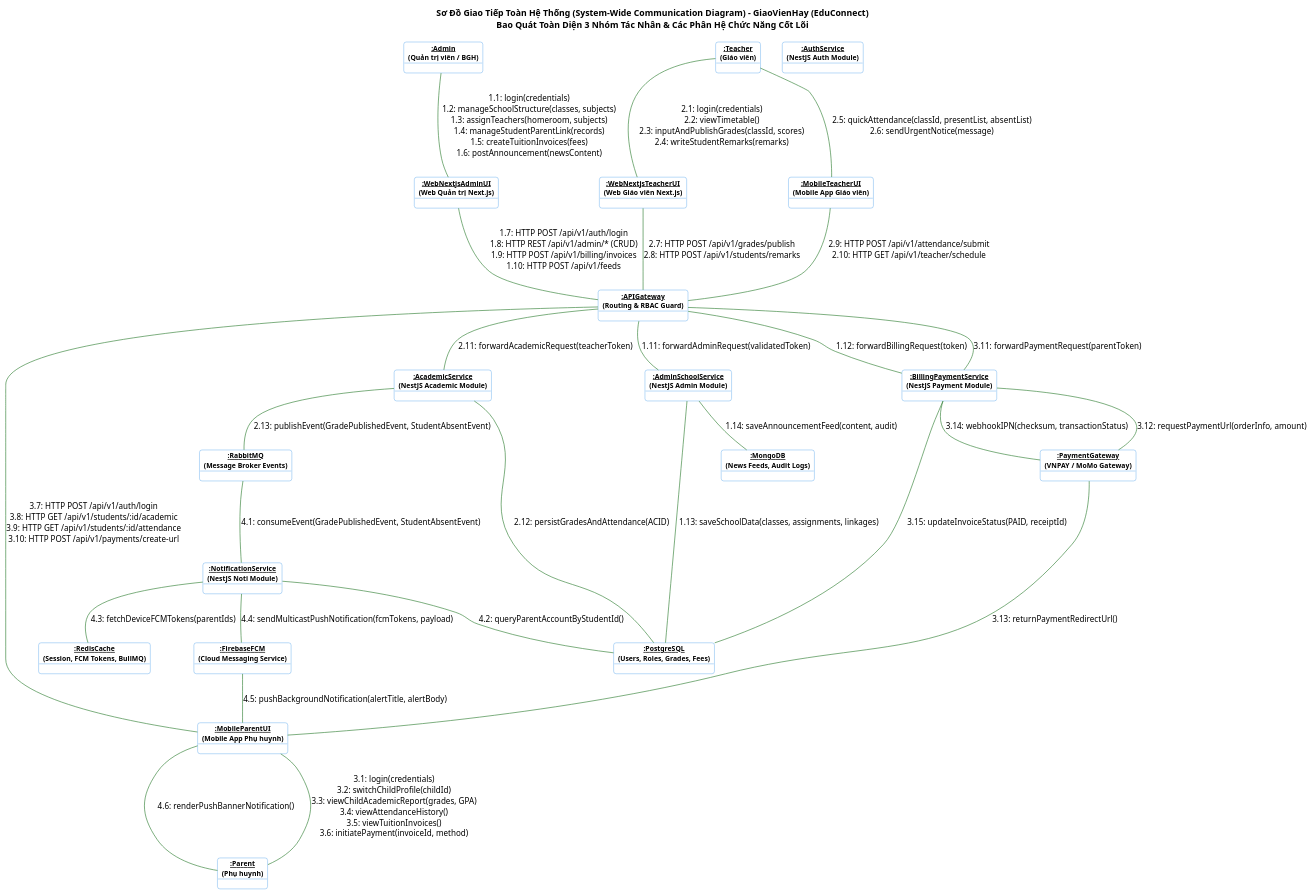
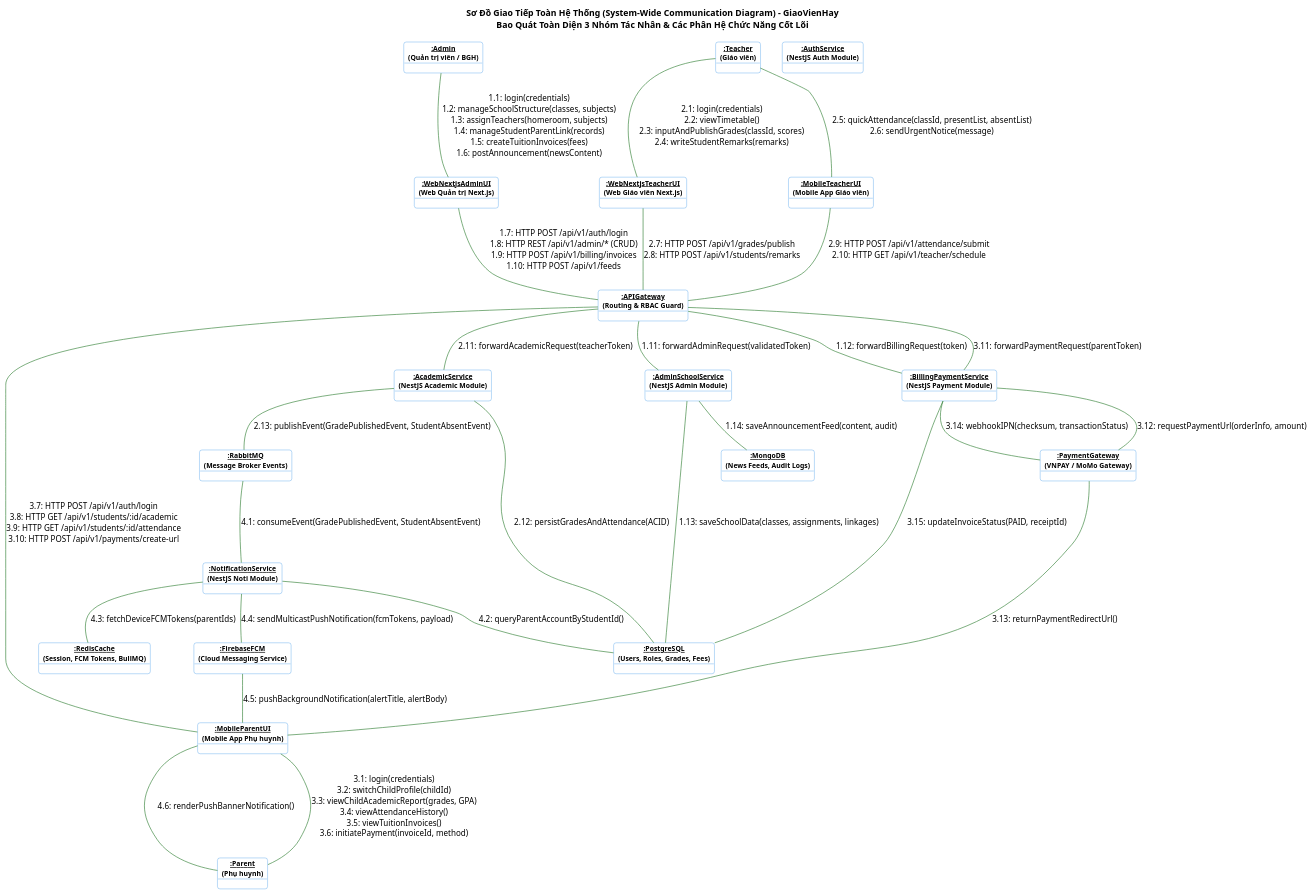
The diagram in docs/diagrams/puml/communication_diagram.puml (gray8493/GiaoVienHay), drawn with PlantUML before and after one commit. The commit also changed other lines of this file and 16 other files, not shown here.

Commit message:
refactor: rename project exclusively to GiaoVienHay and rename master architecture doc

```diff
--- a/docs/diagrams/puml/communication_diagram.puml
+++ b/docs/diagrams/puml/communication_diagram.puml
@@ -1,100 +1,100 @@
 @startuml
 skinparam defaultTextAlignment center
 skinparam roundCorner 8
 skinparam BoxPadding 10
 skinparam object {
     BackgroundColor #FFFFFF
     BorderColor #1E88E5
     ArrowColor #2E7D32
     FontSize 11
     FontStyle bold
 }
 
-title Sơ Đồ Giao Tiếp Toàn Hệ Thống (System-Wide Communication Diagram) - GiaoVienHay (EduConnect)\nBao Quát Toàn Diện 3 Nhóm Tác Nhân & Các Phân Hệ Chức Năng Cốt Lõi
+title Sơ Đồ Giao Tiếp Toàn Hệ Thống (System-Wide Communication Diagram) - GiaoVienHay\nBao Quát Toàn Diện 3 Nhóm Tác Nhân & Các Phân Hệ Chức Năng Cốt Lõi
 
 ' ==============================================================================
 ' 1. CÁC TÁC NHÂN NGƯỜI DÙNG (ACTORS)
 ' ==============================================================================
 object "<u>:Admin</u>\n(Quản trị viên / BGH)" as Admin
 object "<u>:Teacher</u>\n(Giáo viên)" as Teacher
 object "<u>:Parent</u>\n(Phụ huynh)" as Parent
 
 ' ==============================================================================
 ' 2. TẦNG GIAO DIỆN CLIENT (PRESENTATION LAYER)
 ' ==============================================================================
 object "<u>:WebNextjsAdminUI</u>\n(Web Quản trị Next.js)" as WebAdminUI
 object "<u>:WebNextjsTeacherUI</u>\n(Web Giáo viên Next.js)" as WebTeacherUI
 object "<u>:MobileTeacherUI</u>\n(Mobile App Giáo viên)" as MobileTeacherUI
 object "<u>:MobileParentUI</u>\n(Mobile App Phụ huynh)" as MobileParentUI
 
 ' ==============================================================================
 ' 3. TẦNG BACKEND & API GATEWAY (NESTJS PLATFORM)
 ' ==============================================================================
 object "<u>:APIGateway</u>\n(Routing & RBAC Guard)" as Gateway
 object "<u>:AuthService</u>\n(NestJS Auth Module)" as AuthSvc
 object "<u>:AdminSchoolService</u>\n(NestJS Admin Module)" as AdminSvc
 object "<u>:AcademicService</u>\n(NestJS Academic Module)" as AcademicSvc
 object "<u>:NotificationService</u>\n(NestJS Noti Module)" as NotiSvc
 object "<u>:BillingPaymentService</u>\n(NestJS Payment Module)" as PaymentSvc
 
 ' ==============================================================================
 ' 4. TẦNG DỮ LIỆU & HÀNG ĐỢI (STORAGE & BROKER LAYER)
 ' ==============================================================================
 object "<u>:PostgreSQL</u>\n(Users, Roles, Grades, Fees)" as Postgres
 object "<u>:MongoDB</u>\n(News Feeds, Audit Logs)" as Mongo
 object "<u>:RedisCache</u>\n(Session, FCM Tokens, BullMQ)" as Redis
 object "<u>:RabbitMQ</u>\n(Message Broker Events)" as RabbitMQ
 
 ' ==============================================================================
 ' 5. CÁC DỊCH VỤ NGOÀI (EXTERNAL SERVICES)
 ' ==============================================================================
 object "<u>:FirebaseFCM</u>\n(Cloud Messaging Service)" as FCM
 object "<u>:PaymentGateway</u>\n(VNPAY / MoMo Gateway)" as PaymentGW
 
 ' ==============================================================================
 ' CÁC LUỒNG GIAO TIẾP & THÔNG ĐIỆP ĐƯỢC ĐÁNH SỐ THEO PHÂN HỆ
 ' ==============================================================================
 
 ' --- NHÓM 1: Quản trị Trường học & Cấu hình Hệ thống (Admin -> Web Next.js) ---
 Admin -- WebAdminUI : 1.1: login(credentials)\n1.2: manageSchoolStructure(classes, subjects)\n1.3: assignTeachers(homeroom, subjects)\n1.4: manageStudentParentLink(records)\n1.5: createTuitionInvoices(fees)\n1.6: postAnnouncement(newsContent)
 
 WebAdminUI -- Gateway : 1.7: HTTP POST /api/v1/auth/login\n1.8: HTTP REST /api/v1/admin/* (CRUD)\n1.9: HTTP POST /api/v1/billing/invoices\n1.10: HTTP POST /api/v1/feeds
 
 Gateway -- AdminSvc : 1.11: forwardAdminRequest(validatedToken)
 Gateway -- PaymentSvc : 1.12: forwardBillingRequest(token)
 AdminSvc -- Postgres : 1.13: saveSchoolData(classes, assignments, linkages)
 AdminSvc -- Mongo : 1.14: saveAnnouncementFeed(content, audit)
 
 ' --- NHÓM 2: Nghiệp vụ Giảng dạy & Đánh giá (Teacher -> Web & Mobile App) ---
 Teacher -- WebTeacherUI : 2.1: login(credentials)\n2.2: viewTimetable()\n2.3: inputAndPublishGrades(classId, scores)\n2.4: writeStudentRemarks(remarks)
 
 Teacher -- MobileTeacherUI : 2.5: quickAttendance(classId, presentList, absentList)\n2.6: sendUrgentNotice(message)
 
 WebTeacherUI -- Gateway : 2.7: HTTP POST /api/v1/grades/publish\n2.8: HTTP POST /api/v1/students/remarks
 MobileTeacherUI -- Gateway : 2.9: HTTP POST /api/v1/attendance/submit\n2.10: HTTP GET /api/v1/teacher/schedule
 
 Gateway -- AcademicSvc : 2.11: forwardAcademicRequest(teacherToken)
 AcademicSvc -- Postgres : 2.12: persistGradesAndAttendance(ACID)
 AcademicSvc -- RabbitMQ : 2.13: publishEvent(GradePublishedEvent, StudentAbsentEvent)
 
 ' --- NHÓM 3: Cổng Phụ huynh (Parent -> Mobile App React Native) ---
 Parent -- MobileParentUI : 3.1: login(credentials)\n3.2: switchChildProfile(childId)\n3.3: viewChildAcademicReport(grades, GPA)\n3.4: viewAttendanceHistory()\n3.5: viewTuitionInvoices()\n3.6: initiatePayment(invoiceId, method)
 
 MobileParentUI -- Gateway : 3.7: HTTP POST /api/v1/auth/login\n3.8: HTTP GET /api/v1/students/:id/academic\n3.9: HTTP GET /api/v1/students/:id/attendance\n3.10: HTTP POST /api/v1/payments/create-url
 
 Gateway -- PaymentSvc : 3.11: forwardPaymentRequest(parentToken)
 PaymentSvc -- PaymentGW : 3.12: requestPaymentUrl(orderInfo, amount)
 PaymentGW -- MobileParentUI : 3.13: returnPaymentRedirectUrl()
 PaymentGW -- PaymentSvc : 3.14: webhookIPN(checksum, transactionStatus)
 PaymentSvc -- Postgres : 3.15: updateInvoiceStatus(PAID, receiptId)
 
 ' --- NHÓM 4: Xử lý Bất đồng bộ & Bắn Thông Báo Đẩy Thời Gian Thực ---
 RabbitMQ -- NotiSvc : 4.1: consumeEvent(GradePublishedEvent, StudentAbsentEvent)
 NotiSvc -- Postgres : 4.2: queryParentAccountByStudentId()
 NotiSvc -- Redis : 4.3: fetchDeviceFCMTokens(parentIds)
 NotiSvc -- FCM : 4.4: sendMulticastPushNotification(fcmTokens, payload)
 
 FCM -- MobileParentUI : 4.5: pushBackgroundNotification(alertTitle, alertBody)
 MobileParentUI -- Parent : 4.6: renderPushBannerNotification()
 
 @enduml
```
